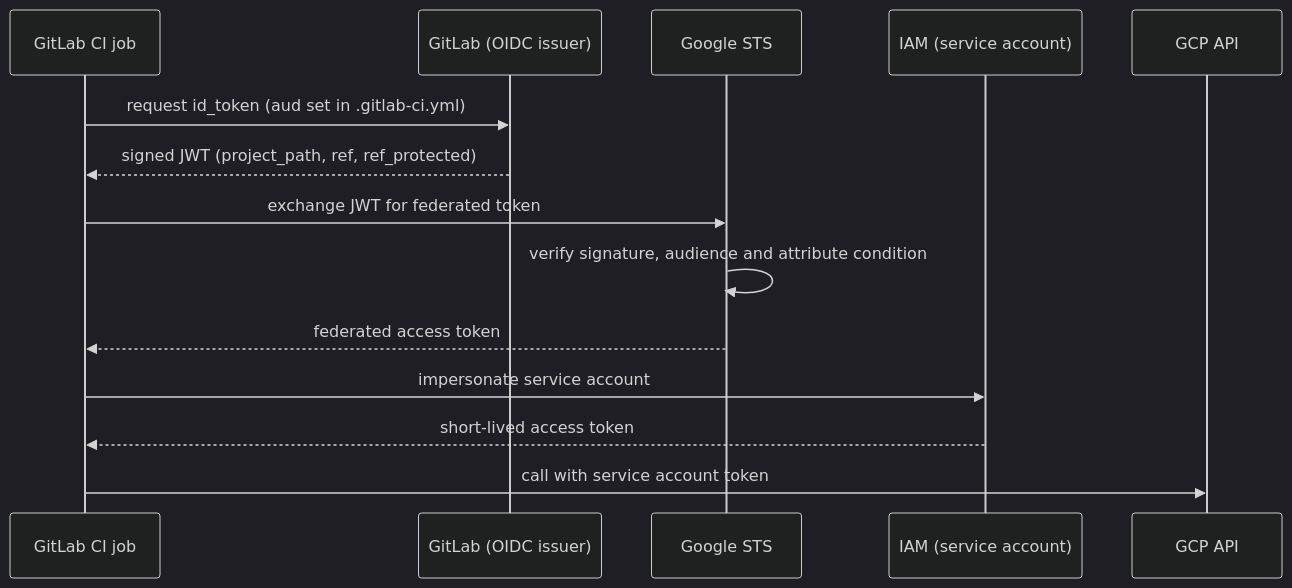
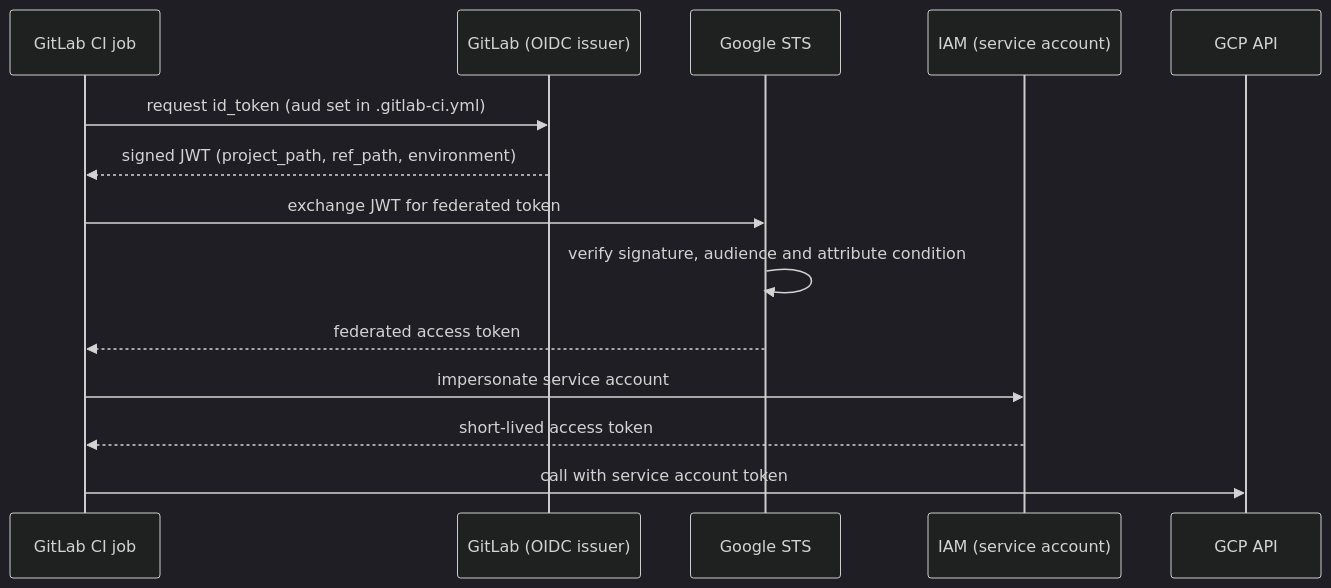
Before and after one commit to greenblacked/Notes: the diagram in content/architecture/iam-groups-and-ci-workload-identity-federation.md, drawn with Mermaid (dark theme). The commit also changed other lines of this file, not shown here.

````diff
--- a/content/architecture/iam-groups-and-ci-workload-identity-federation.md
+++ b/content/architecture/iam-groups-and-ci-workload-identity-federation.md
@@ -97,16 +99,16 @@
 ```mermaid
 sequenceDiagram
   participant Job as GitLab CI job
   participant GL as GitLab (OIDC issuer)
   participant STS as Google STS
   participant IAM as IAM (service account)
   participant API as GCP API
   Job->>GL: request id_token (aud set in .gitlab-ci.yml)
-  GL-->>Job: signed JWT (project_path, ref, ref_protected)
+  GL-->>Job: signed JWT (project_path, ref_path, environment)
   Job->>STS: exchange JWT for federated token
   STS->>STS: verify signature, audience and attribute condition
   STS-->>Job: federated access token
   Job->>IAM: impersonate service account
   IAM-->>Job: short-lived access token
   Job->>API: call with service account token
 ```
````
